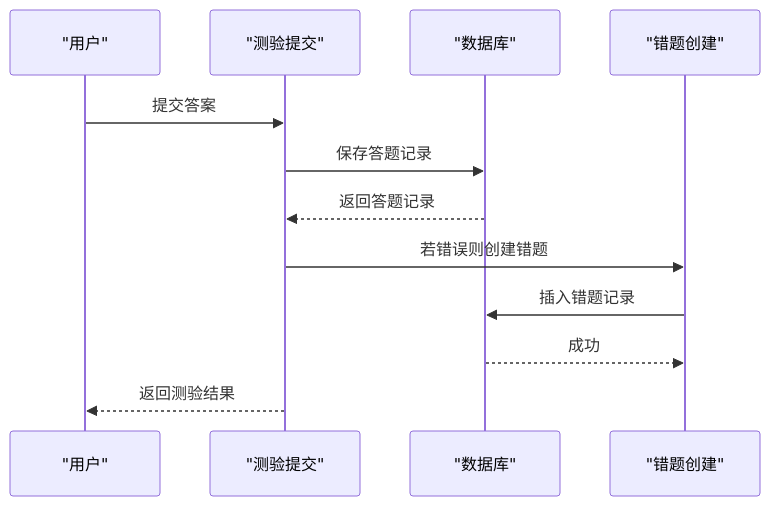
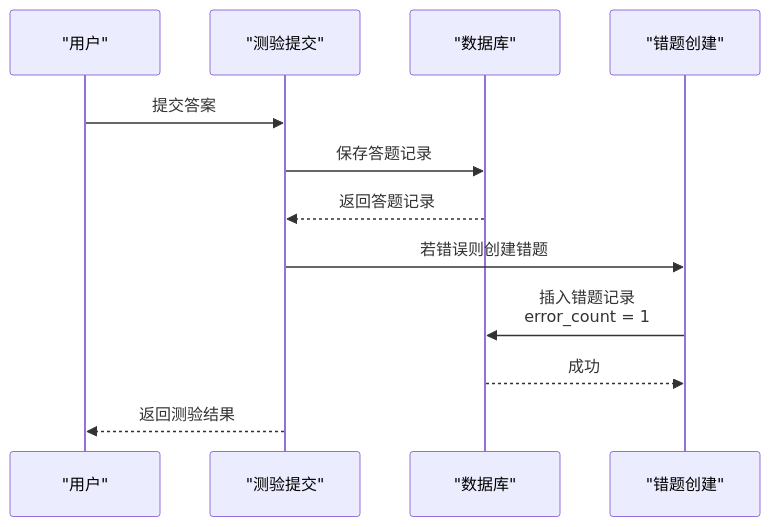
The sixth of 7 diagrams in .qoder/repowiki/zh/content/前端应用架构/视图组件/错题管理组件.md (zhiwenli-jack/personal-learning-manager), drawn with Mermaid before and after one commit. The commit also changed other lines of this file and 12 other files, not shown here.

````diff
--- a/.qoder/repowiki/zh/content/前端应用架构/视图组件/错题管理组件.md
+++ b/.qoder/repowiki/zh/content/前端应用架构/视图组件/错题管理组件.md
@@ -181,14 +200,14 @@
 ```mermaid
 sequenceDiagram
 participant U as "用户"
 participant EX as "测验提交"
 participant DB as "数据库"
 participant MK as "错题创建"
 U->>EX : 提交答案
 EX->>DB : 保存答题记录
 DB-->>EX : 返回答题记录
 EX->>MK : 若错误则创建错题
-MK->>DB : 插入错题记录
+MK->>DB : 插入错题记录<br/>error_count = 1
 DB-->>MK : 成功
 EX-->>U : 返回测验结果
 ```
````
